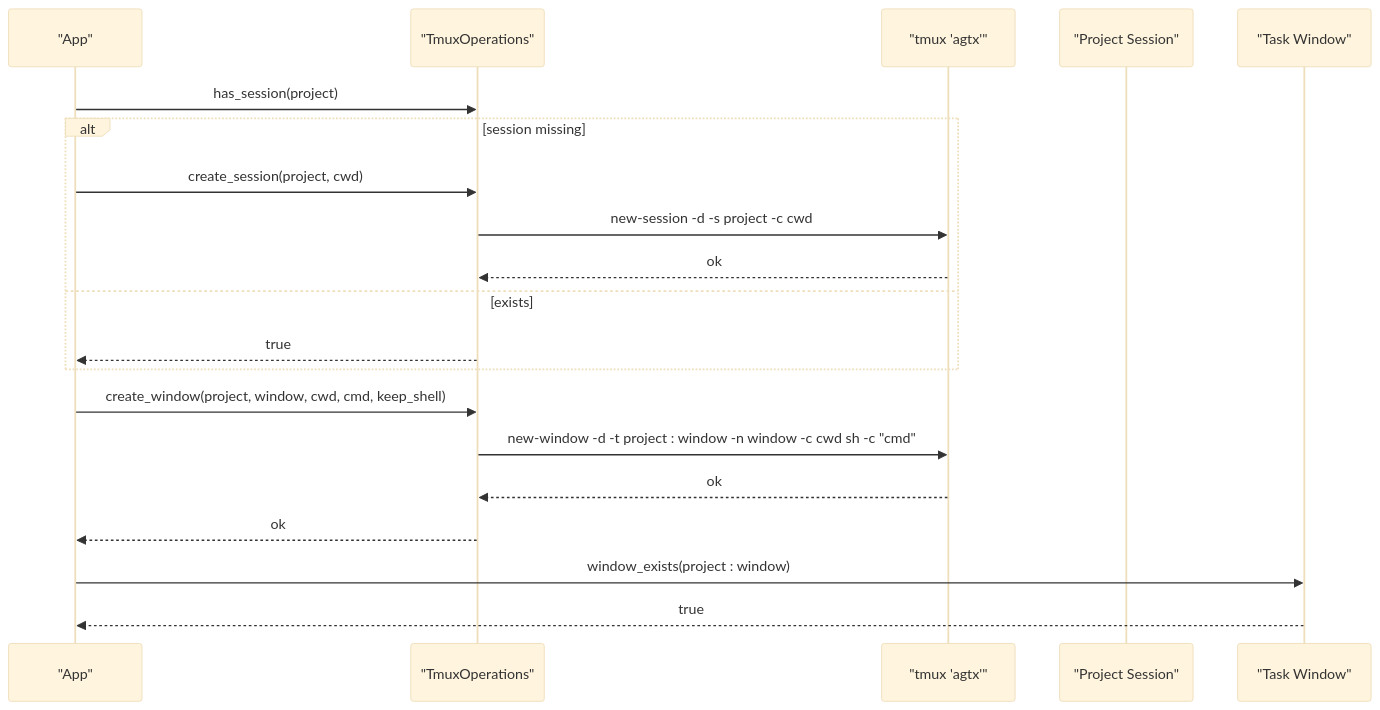
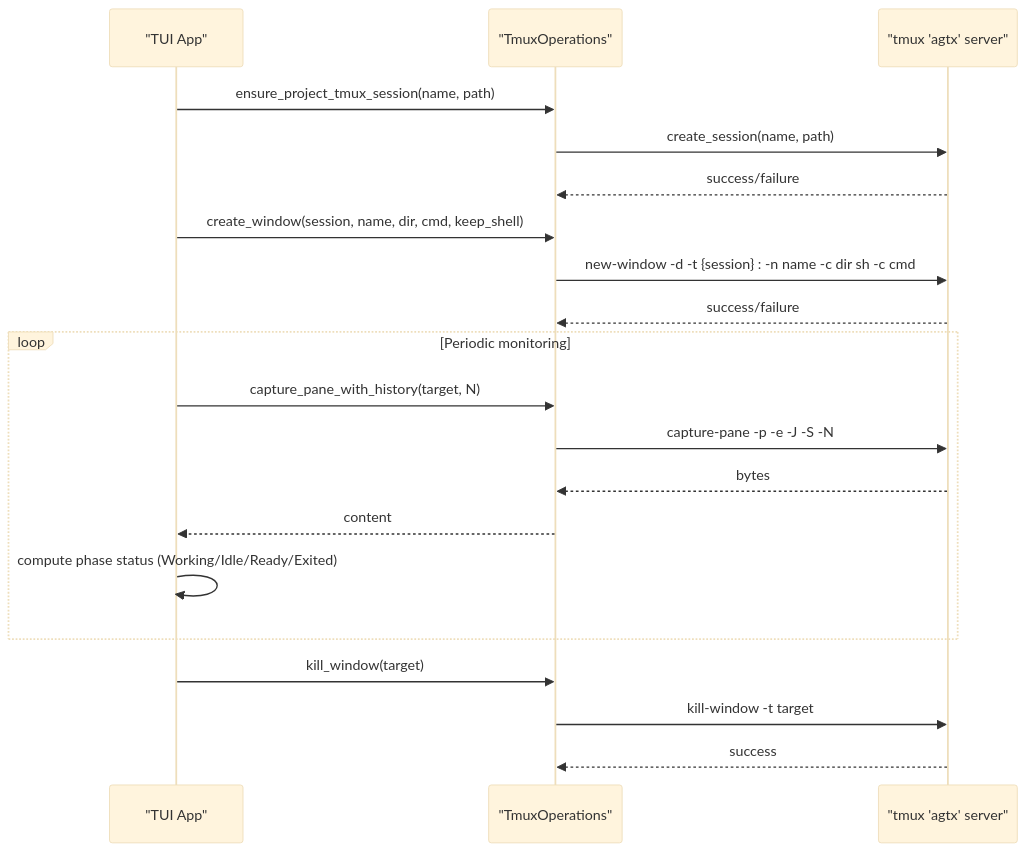
The fourth of 9 diagrams in .qoder/repowiki/en/content/tmux Integration/tmux Integration.md (bramburn/agtx), drawn with Mermaid (base theme) before and after one commit. The commit also changed other lines of this file and 140 other files, not shown here.

First line of the commit message:
fix(tui): add F2 footer navigation support to shell popup

````diff
--- a/.qoder/repowiki/en/content/tmux Integration/tmux Integration.md
+++ b/.qoder/repowiki/en/content/tmux Integration/tmux Integration.md
@@ -129,22 +148,22 @@
 ```mermaid
 sequenceDiagram
-participant App as "App"
-participant Ops as "TmuxOperations"
-participant Tmux as "tmux 'agtx'"
-participant Proj as "Project Session"
-participant Win as "Task Window"
-App->>Ops : has_session(project)
-alt session missing
-App->>Ops : create_session(project, cwd)
-Ops->>Tmux : new-session -d -s project -c cwd
-Tmux-->>Ops : ok
-else exists
-Ops-->>App : true
+participant UI as "TUI App"
+participant OPS as "TmuxOperations"
+participant TMUX as "tmux 'agtx' server"
+UI->>OPS : ensure_project_tmux_session(name, path)
+OPS->>TMUX : create_session(name, path)
+TMUX-->>OPS : success/failure
+UI->>OPS : create_window(session, name, dir, cmd, keep_shell)
+OPS->>TMUX : new-window -d -t {session} : -n name -c dir sh -c cmd
+TMUX-->>OPS : success/failure
+loop Periodic monitoring
+UI->>OPS : capture_pane_with_history(target, N)
+OPS->>TMUX : capture-pane -p -e -J -S -N
+TMUX-->>OPS : bytes
+OPS-->>UI : content
+UI->>UI : compute phase status (Working/Idle/Ready/Exited)
 end
-App->>Ops : create_window(project, window, cwd, cmd, keep_shell)
-Ops->>Tmux : new-window -d -t project : window -n window -c cwd sh -c "cmd"
-Tmux-->>Ops : ok
-Ops-->>App : ok
-App->>Win : window_exists(project : window)
-Win-->>App : true
+UI->>OPS : kill_window(target)
+OPS->>TMUX : kill-window -t target
+TMUX-->>OPS : success
 ```
````
